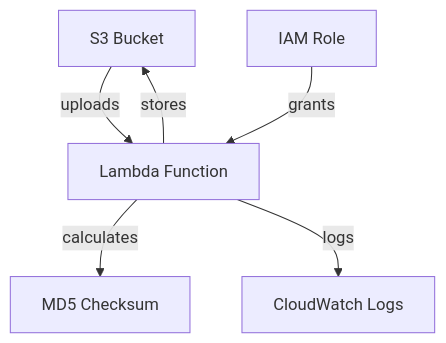
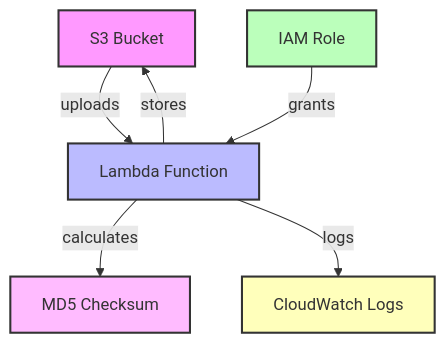
The diagram in README.md (taimax13/platform-tool), drawn with Mermaid before and after one commit.

````diff
--- a/README.md
+++ b/README.md
@@ -157,8 +156,22 @@
 ```mermaid
 graph TD;
     A[S3 Bucket] -->|uploads| B[Lambda Function];
     B -->|calculates| C[MD5 Checksum];
     B -->|stores| A;
     B -->|logs| D[CloudWatch Logs];
     E[IAM Role] -->|grants| B;
+    
+    %% Adding colors
+    A[S3 Bucket]:::s3style;
+    B[Lambda Function]:::lambdastyle;
+    C[MD5 Checksum]:::checksumstyle;
+    D[CloudWatch Logs]:::logstyle;
+    E[IAM Role]:::iamstyle;
+
+    %% Style Definitions
+    classDef s3style fill:#f9f,stroke:#333,stroke-width:2px;
+    classDef lambdastyle fill:#bbf,stroke:#333,stroke-width:2px;
+    classDef checksumstyle fill:#fbf,stroke:#333,stroke-width:2px;
+    classDef logstyle fill:#ffb,stroke:#333,stroke-width:2px;
+    classDef iamstyle fill:#bfb,stroke:#333,stroke-width:2px;
 ```
````
